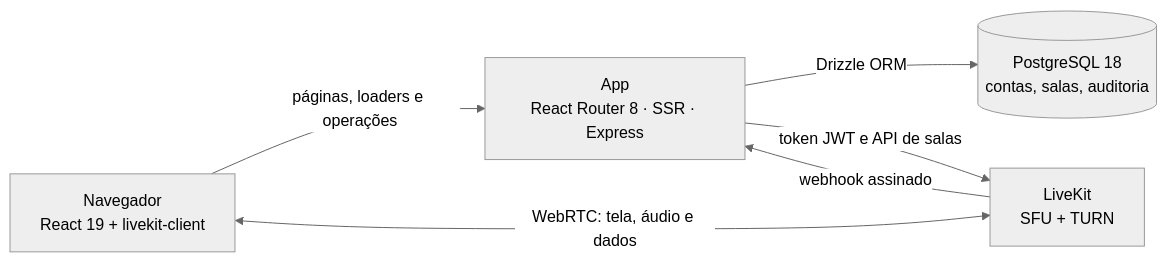
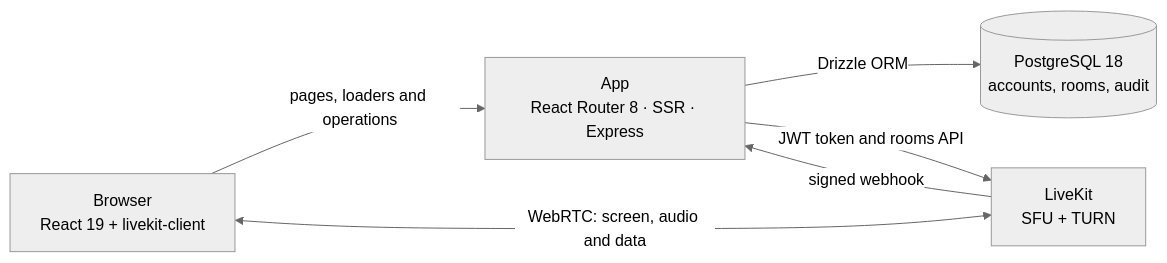
Before and after one commit to HanielCota/NelcotaScreenShare: the diagram in README.md, drawn with Mermaid (neutral theme). The commit also changed other lines of this file and 18 other files, not shown here.

````diff
--- a/README.md
+++ b/README.md
@@ -90,13 +90,13 @@
 ```mermaid
 flowchart LR
-    browser["Navegador<br/>React 19 + livekit-client"]
+    browser["Browser<br/>React 19 + livekit-client"]
     app["App<br/>React Router 8 · SSR · Express"]
-    db[("PostgreSQL 18<br/>contas, salas, auditoria")]
+    db[("PostgreSQL 18<br/>accounts, rooms, audit")]
     lk["LiveKit<br/>SFU + TURN"]
 
-    browser -->|"páginas, loaders e operações"| app
+    browser -->|"pages, loaders and operations"| app
     app -->|"Drizzle ORM"| db
-    app -->|"token JWT e API de salas"| lk
-    browser <-->|"WebRTC: tela, áudio e dados"| lk
-    lk -->|"webhook assinado"| app
+    app -->|"JWT token and rooms API"| lk
+    browser <-->|"WebRTC: screen, audio and data"| lk
+    lk -->|"signed webhook"| app
 ```
````
